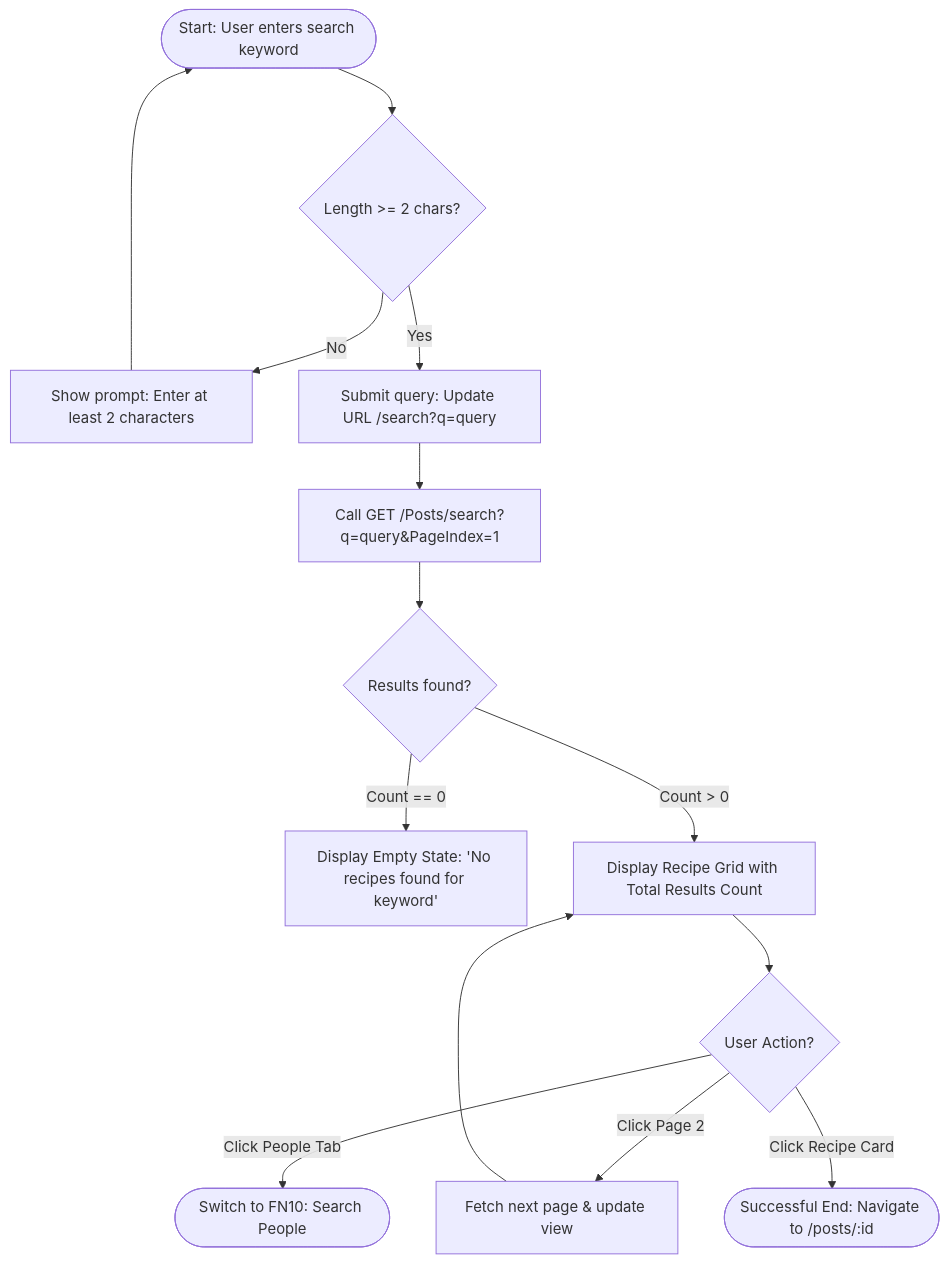
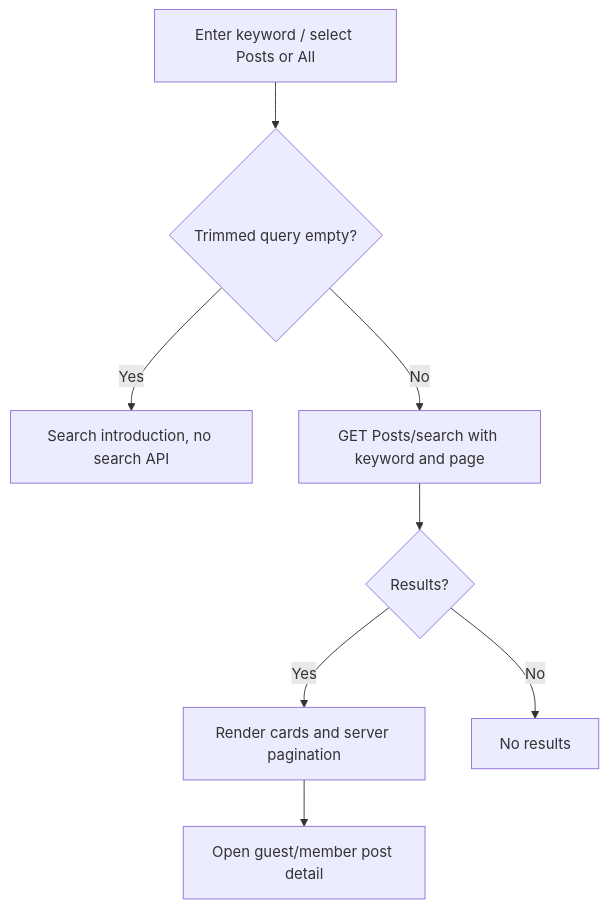
One commit to NguyenQuocTrong-bonmat/frontend-VeganHelperSystem changed the tenth of 56 diagrams in Design.MD. Above: the diagram before and after it, drawn with Mermaid. The commit also changed other lines of this file, not shown here.

Commit message:
docs: align design diagrams with current workflows

````diff
--- a/Design.MD
+++ b/Design.MD
@@ -1038,14 +461,10 @@
 ```mermaid
 flowchart TD
-    A([Start: User enters search keyword]) --> B{Length >= 2 chars?}
-    B -->|No| C[Show prompt: Enter at least 2 characters] --> A
-    B -->|Yes| D[Submit query: Update URL /search?q=query]
-    D --> E[Call GET /Posts/search?q=query&PageIndex=1]
-    E --> F{Results found?}
-    F -->|Count == 0| G[Display Empty State: 'No recipes found for keyword']
-    F -->|Count > 0| H[Display Recipe Grid with Total Results Count]
-    H --> I{User Action?}
-    I -->|Click Page 2| J[Fetch next page & update view] --> H
-    I -->|Click People Tab| K([Switch to FN10: Search People])
-    I -->|Click Recipe Card| L([Successful End: Navigate to /posts/:id])
+    A["Enter keyword / select Posts or All"] --> B{"Trimmed query empty?"}
+    B -->|Yes| C["Search introduction, no search API"]
+    B -->|No| D["GET Posts/search with keyword and page"]
+    D --> E{"Results?"}
+    E -->|Yes| F["Render cards and server pagination"]
+    E -->|No| G["No results"]
+    F --> H["Open guest/member post detail"]
 ```
````
